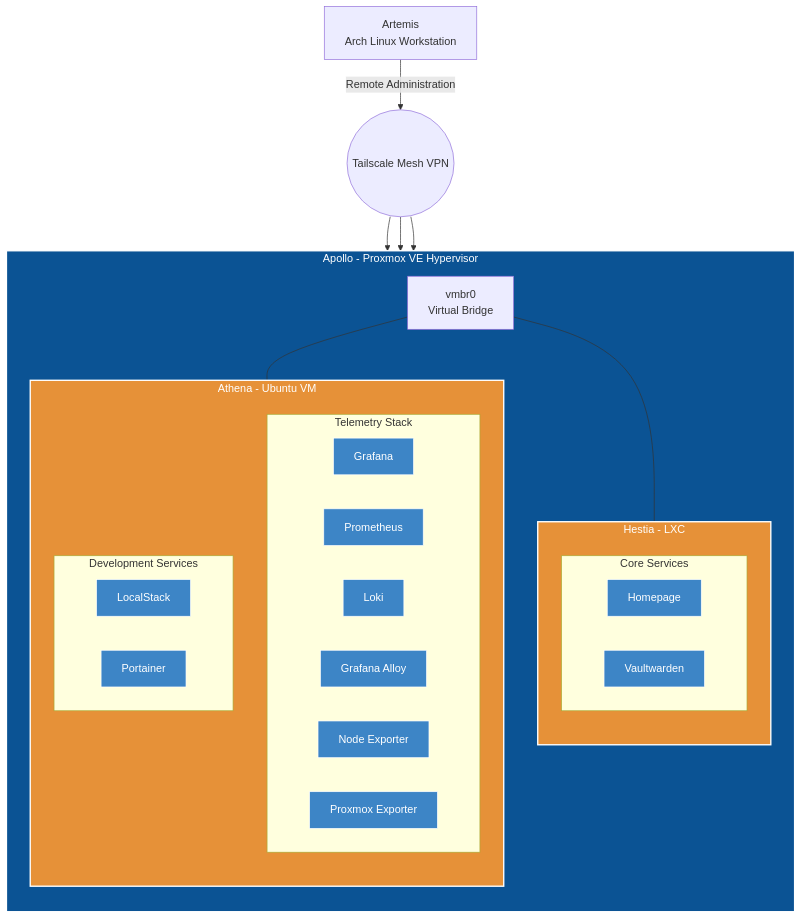
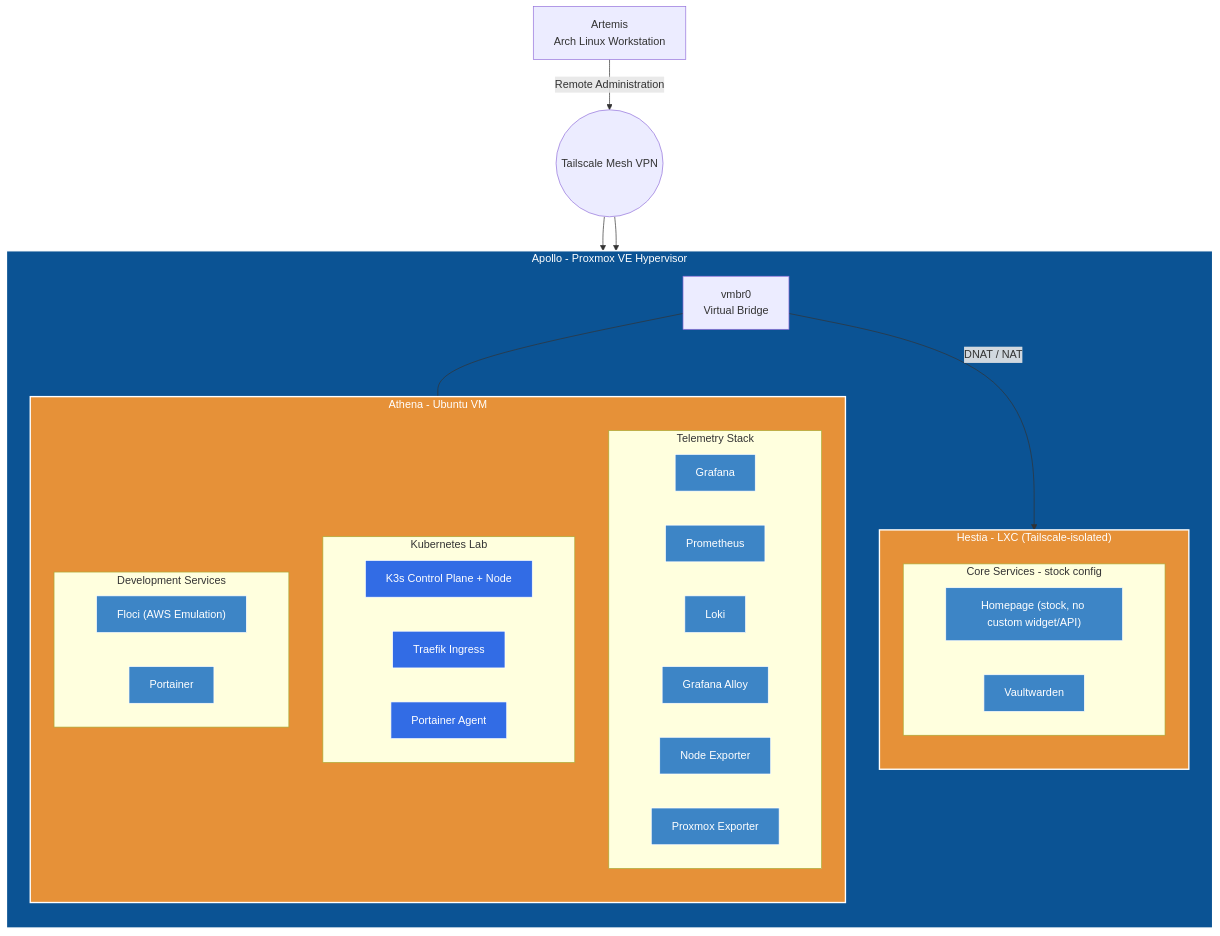
The diagram in architecture/architecture-diagram.mmd (SwapnajXD/HomeLab), drawn with Mermaid before and after one commit. The commit also changed 3 other files, not shown here.

Commit message:
architecture diagrams updated

````diff
--- a/architecture/architecture-diagram.mmd
+++ b/architecture/architecture-diagram.mmd
@@ -1,58 +1,65 @@
 ```mermaid
 graph TD
 
     %% Remote Administration
     Artemis["Artemis<br/>Arch Linux Workstation"]
     Tailnet(("Tailscale Mesh VPN"))
 
     Artemis -->|Remote Administration| Tailnet
 
     %% Infrastructure
     Tailnet --> Apollo
     Tailnet --> Athena
-    Tailnet --> Hestia
 
     subgraph Apollo["Apollo - Proxmox VE Hypervisor"]
         direction TB
 
         Bridge["vmbr0<br/>Virtual Bridge"]
 
         subgraph Athena["Athena - Ubuntu VM"]
             direction TB
 
             subgraph Telemetry["Telemetry Stack"]
                 Grafana["Grafana"]
                 Prometheus["Prometheus"]
                 Loki["Loki"]
                 Alloy["Grafana Alloy"]
                 NodeExporter["Node Exporter"]
                 ProxmoxExporter["Proxmox Exporter"]
             end
 
+            subgraph Kubernetes["Kubernetes Lab"]
+                K3s["K3s Control Plane + Node"]
+                Traefik["Traefik Ingress"]
+                PortainerAgent["Portainer Agent"]
+            end
+
             subgraph Development["Development Services"]
-                LocalStack["LocalStack"]
+                Floci["Floci (AWS Emulation)"]
                 Portainer["Portainer"]
             end
         end
 
-        subgraph Hestia["Hestia - LXC"]
+        subgraph Hestia["Hestia - LXC (Tailscale-isolated)"]
             direction TB
 
-            subgraph CoreServices["Core Services"]
-                Homepage["Homepage"]
+            subgraph CoreServices["Core Services - stock config"]
+                Homepage["Homepage (stock, no custom widget/API)"]
                 Vaultwarden["Vaultwarden"]
             end
         end
 
         Bridge --- Athena
-        Bridge --- Hestia
+        Bridge -->|DNAT / NAT| Hestia
     end
 
     classDef host fill:#0b5394,color:#ffffff,stroke:#ffffff,stroke-width:2px;
     classDef guest fill:#e69138,color:#ffffff,stroke:#ffffff,stroke-width:2px;
     classDef service fill:#3d85c6,color:#ffffff,stroke:#ffffff,stroke-width:1px;
+    classDef k8s fill:#326ce5,color:#ffffff,stroke:#ffffff,stroke-width:1px;
 
     class Apollo host;
     class Athena,Hestia guest;
-    class Grafana,Prometheus,Loki,Alloy,NodeExporter,ProxmoxExporter,LocalStack,Portainer,Homepage,Vaultwarden service;
+    class Grafana,Prometheus,Loki,Alloy,NodeExporter,ProxmoxExporter,Floci,Portainer,Homepage,Vaultwarden service;
+    class K3s,Traefik,PortainerAgent k8s;
 ```
````
